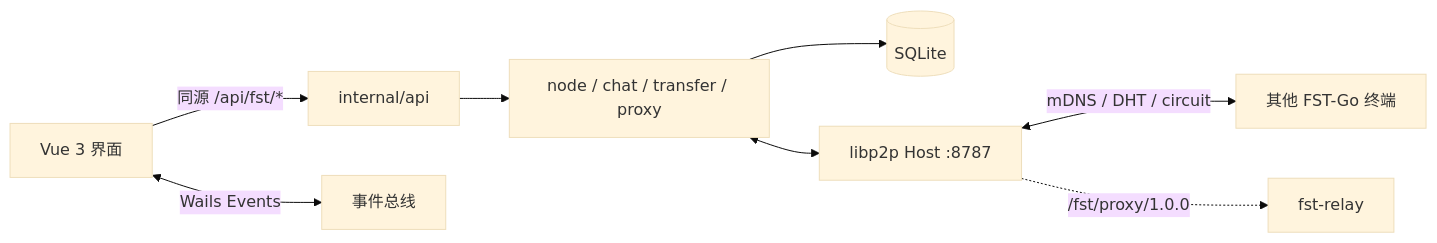
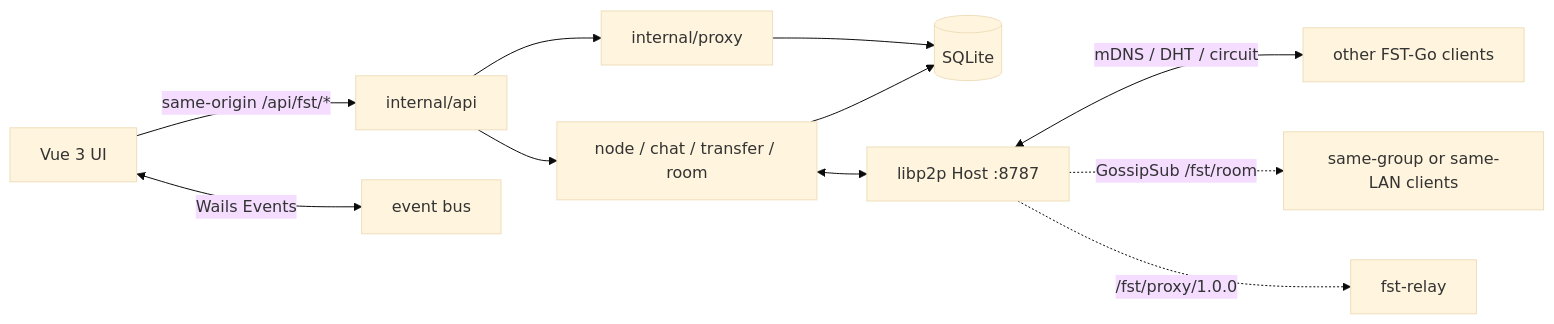
The diagram in README.md (xuey490/Fst-go), drawn with Mermaid (base theme) before and after one commit. The commit also changed other lines of this file and 329 other files, not shown here.

````diff
--- a/README.md
+++ b/README.md
@@ -89,10 +98,13 @@
 ```mermaid
 flowchart LR
-  UI[Vue 3 界面] -->|同源 /api/fst/*| API[internal/api]
-  UI <-->|Wails Events| EVT[事件总线]
-  API --> CORE[node / chat / transfer / proxy]
+  UI[Vue 3 UI] -->|same-origin /api/fst/*| API[internal/api]
+  UI <-->|Wails Events| EVT[event bus]
+  API --> CORE[node / chat / transfer / room]
+  API --> PROXY[internal/proxy]
   CORE --> DB[(SQLite)]
+  PROXY --> DB
   CORE <--> P2P[libp2p Host :8787]
-  P2P <-->|mDNS / DHT / circuit| PEER[其他 FST-Go 终端]
+  P2P <-->|mDNS / DHT / circuit| PEER[other FST-Go clients]
+  P2P -.->|GossipSub /fst/room| ROOM[same-group or same-LAN clients]
   P2P -.->|/fst/proxy/1.0.0| RELAY[fst-relay]
 ```
````
